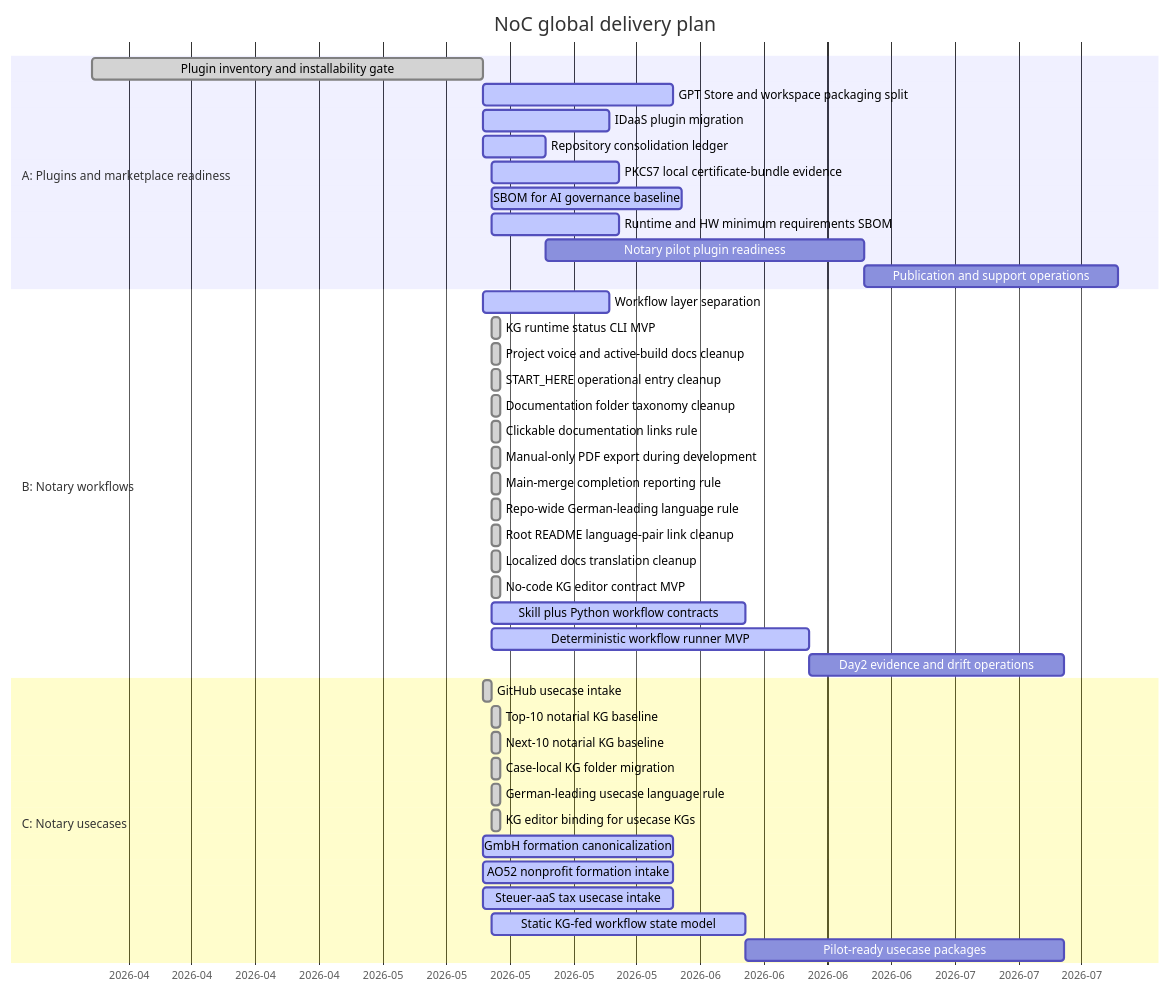
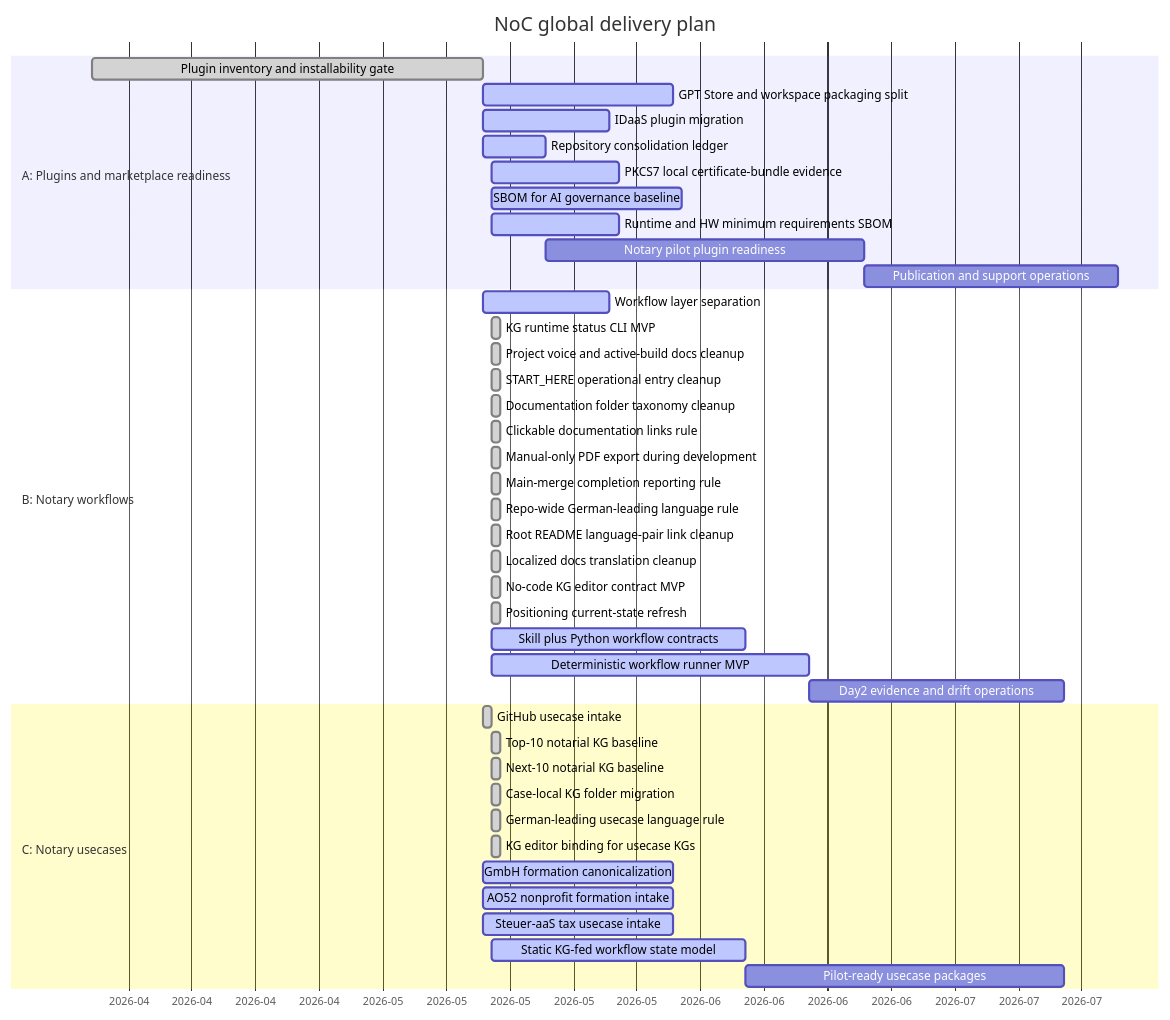
One commit to ofunk/NaC changed the diagram in roadmap/GANTT.md. Above: the diagram before and after it, drawn with Mermaid. The commit also changed other lines of this file and 2 other files, not shown here.

Commit message:
Refresh NoC positioning docs

````diff
--- a/roadmap/GANTT.md
+++ b/roadmap/GANTT.md
@@ -12,47 +12,48 @@
 ```mermaid
 gantt
     title NoC global delivery plan
     dateFormat  YYYY-MM-DD
     axisFormat  %Y-%m
 
     section A: Plugins and marketplace readiness
     Plugin inventory and installability gate     :done,    a1, 2026-04-01, 2026-05-14
     GPT Store and workspace packaging split      :active,  a2, 2026-05-14, 21d
     IDaaS plugin migration                       :active,  a3, 2026-05-14, 14d
     Repository consolidation ledger              :active,  a4, 2026-05-14, 7d
     PKCS7 local certificate-bundle evidence      :active,  a4a, 2026-05-15, 14d
     SBOM for AI governance baseline              :active,  a4b, 2026-05-15, 21d
     Runtime and HW minimum requirements SBOM     :active,  a4c, 2026-05-15, 14d
     Notary pilot plugin readiness                :         a5, after a4, 35d
     Publication and support operations           :         a6, after a5, 28d
 
     section B: Notary workflows
     Workflow layer separation                    :active,  b1, 2026-05-14, 14d
     KG runtime status CLI MVP                    :done,    b1a, 2026-05-15, 1d
     Project voice and active-build docs cleanup  :done,    b1b, 2026-05-15, 1d
     START_HERE operational entry cleanup         :done,    b1c, 2026-05-15, 1d
     Documentation folder taxonomy cleanup        :done,    b1d, 2026-05-15, 1d
     Clickable documentation links rule           :done,    b1e, 2026-05-15, 1d
     Manual-only PDF export during development    :done,    b1f, 2026-05-15, 1d
     Main-merge completion reporting rule         :done,    b1g, 2026-05-15, 1d
     Repo-wide German-leading language rule       :done,    b1h, 2026-05-15, 1d
     Root README language-pair link cleanup       :done,    b1i, 2026-05-15, 1d
     Localized docs translation cleanup           :done,    b1j, 2026-05-15, 1d
     No-code KG editor contract MVP              :done,    b1k, 2026-05-15, 1d
+    Positioning current-state refresh           :done,    b1m, 2026-05-15, 1d
     Skill plus Python workflow contracts         :active,  b2, 2026-05-15, 28d
     Deterministic workflow runner MVP            :active,  b3, 2026-05-15, 35d
     Day2 evidence and drift operations           :         b4, after b3, 28d
 
     section C: Notary usecases
     GitHub usecase intake                        :done,    c1, 2026-05-14, 1d
     Top-10 notarial KG baseline                  :done,    c2, 2026-05-15, 1d
     Next-10 notarial KG baseline                 :done,    c3, 2026-05-15, 1d
     Case-local KG folder migration               :done,    c3a, 2026-05-15, 1d
     German-leading usecase language rule         :done,    c3b, 2026-05-15, 1d
     KG editor binding for usecase KGs            :done,    c3c, 2026-05-15, 1d
     GmbH formation canonicalization              :active,  c4, 2026-05-14, 21d
     AO52 nonprofit formation intake              :active,  c5, 2026-05-14, 21d
     Steuer-aaS tax usecase intake                :active,  c6, 2026-05-14, 21d
     Static KG-fed workflow state model           :active,  c7, 2026-05-15, 28d
     Pilot-ready usecase packages                 :         c8, after c7, 35d
 ```
````
